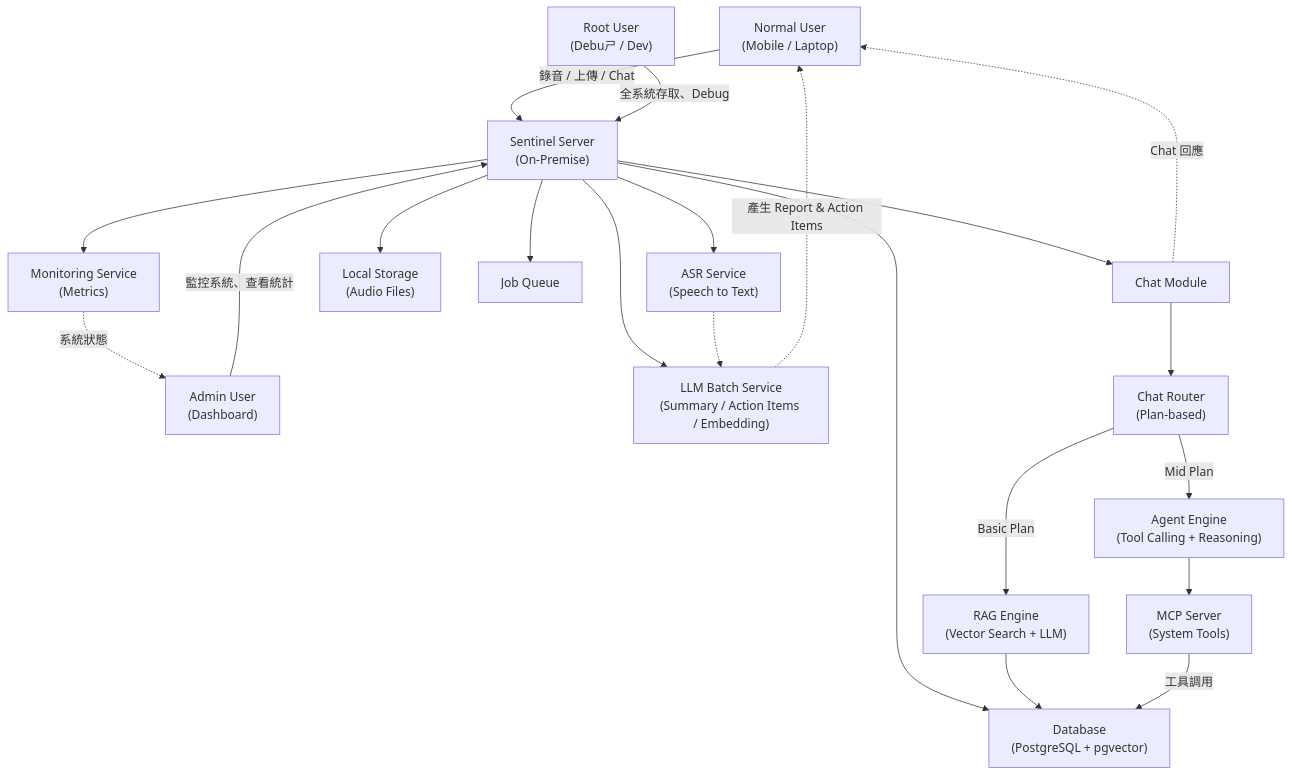
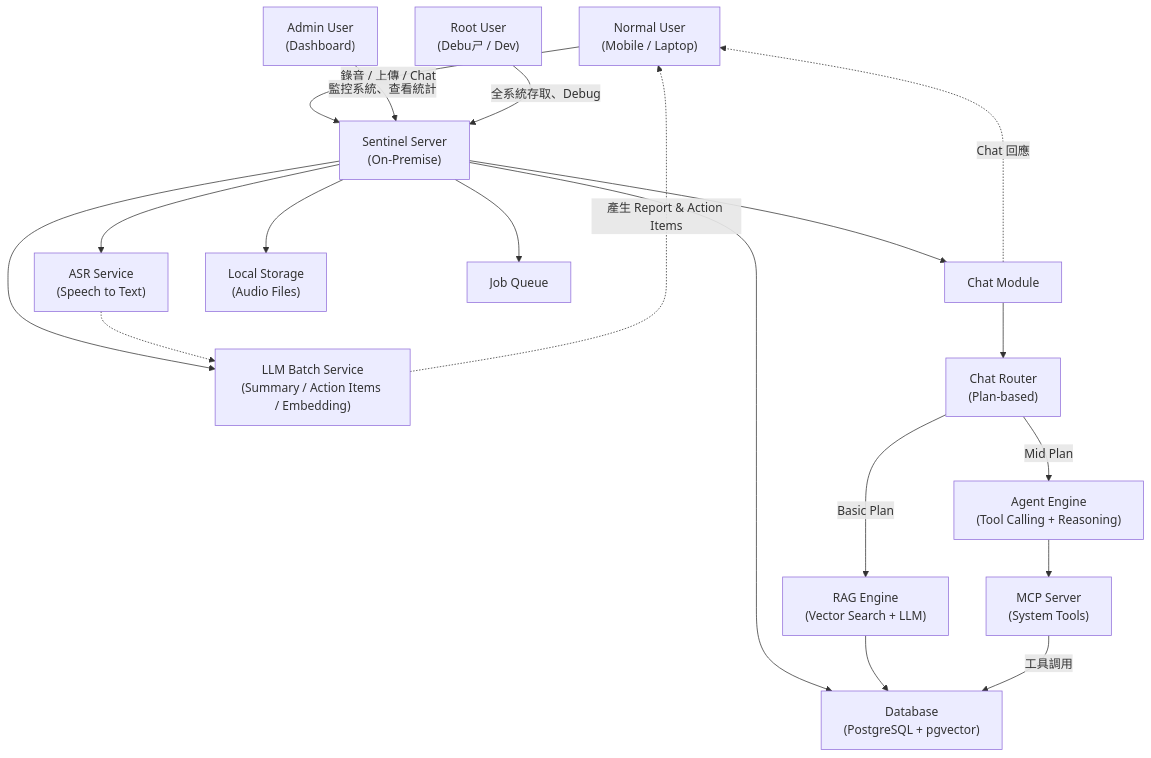
Before and after one commit to marychoucool/sentinelDesign: the diagram in systemArch.md, drawn with Mermaid. The commit also changed other lines of this file and 9 other files, not shown here.

Commit message:
container diagram

````diff
--- a/systemArch.md
+++ b/systemArch.md
@@ -1,55 +1,52 @@
 ```mermaid
 flowchart TD
 
 %% System Context Diagram for Sentinel
 %% Users
 A["Normal User<br>(Mobile / Laptop)"]
 B["Admin User<br>(Dashboard)"]
 C["Root User<br>(Debuㄕ / Dev)"]
 
 %% Server
 D["Sentinel Server<br>(On-Premise)"]
 
 %% Services (Context level)
 E["ASR Service<br>(Speech to Text)"]
 F1["LLM Batch Service<br>(Summary / Action Items / Embedding)"]
 F2["Chat Module"]
 G["Database<br>(PostgreSQL + pgvector)"]
 H["Local Storage<br>(Audio Files)"]
 I["Job Queue"]
-J["Monitoring Service<br>(Metrics)"]
 
 %% Chat Module 內部
 K["Chat Router<br>(Plan-based)"]
 L["RAG Engine<br>(Vector Search + LLM)"]
 M["Agent Engine<br>(Tool Calling + Reasoning)"]
 N["MCP Server<br>(System Tools)"]
 
 %% ===== User Interactions =====
 A -->|錄音 / 上傳 / Chat| D
 B -->|監控系統、查看統計| D
 C -->|全系統存取、Debug| D
 
 %% ===== Server Context =====
 D --> E
 D --> F1
 D --> F2
 D --> G
 D --> H
 D --> I
-D --> J
 
 %% ===== Chat Module 內部 Flow =====
 F2 --> K
 K -->|Basic Plan| L
 K -->|Mid Plan| M
 L --> G
 M --> N
 N -->|工具調用| G
 
 %% ===== External Flow =====
 E -.-> F1
 F1 -.->|產生 Report & Action Items| A
 F2 -.->|Chat 回應| A
-J -.->|系統狀態| B
 ```
````
